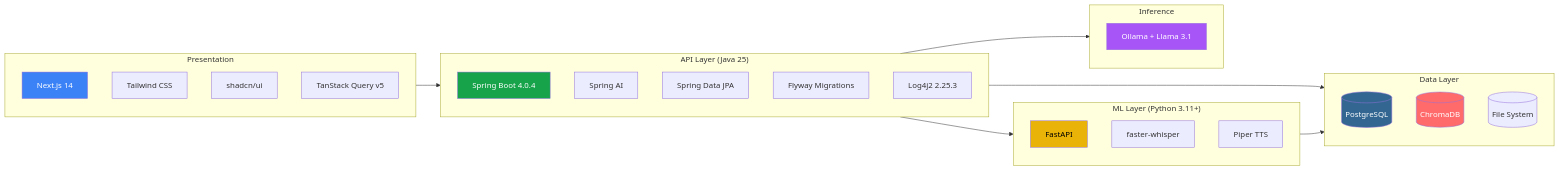
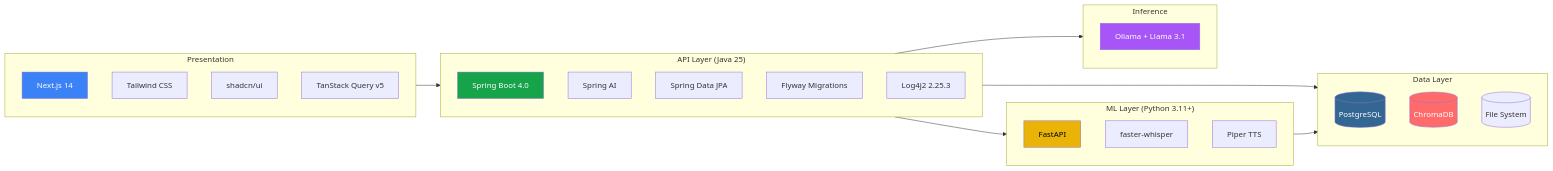
One commit to jsohi/localloom changed the seventh of 7 diagrams in docs/DIAGRAMS.md. Above: the diagram before and after it, drawn with Mermaid. The commit also changed other lines of this file and 1 other file, not shown here.

First line of the commit message:
Address PR review: fix version consistency and diagram accuracy

````diff
--- a/docs/DIAGRAMS.md
+++ b/docs/DIAGRAMS.md
@@ -357,46 +356,46 @@
 ```mermaid
 graph LR
     subgraph Presentation
         NextJS[Next.js 14]
         Tailwind[Tailwind CSS]
         ShadcnUI[shadcn/ui]
         TanStack[TanStack Query v5]
     end
 
     subgraph API_Layer["API Layer (Java 25)"]
-        SpringBoot[Spring Boot 4.0.4]
+        SpringBoot[Spring Boot 4.0]
         SpringAI2[Spring AI]
         JPA[Spring Data JPA]
         Flyway[Flyway Migrations]
         Log4j2[Log4j2 2.25.3]
     end
 
     subgraph ML_Layer["ML Layer (Python 3.11+)"]
         FastAPI[FastAPI]
         Whisper[faster-whisper]
         PiperTTS[Piper TTS]
     end
 
     subgraph Data_Layer["Data Layer"]
         PostgreSQL[(PostgreSQL)]
         ChromaDB[(ChromaDB)]
         FileStore[(File System)]
     end
 
     subgraph Inference
         Ollama[Ollama + Llama 3.1]
     end
 
     Presentation --> API_Layer
     API_Layer --> ML_Layer
     API_Layer --> Data_Layer
     API_Layer --> Inference
     ML_Layer --> Data_Layer
 
     style NextJS fill:#3b82f6,color:#fff
     style SpringBoot fill:#16a34a,color:#fff
     style FastAPI fill:#eab308,color:#000
     style Ollama fill:#a855f7,color:#fff
     style PostgreSQL fill:#336791,color:#fff
     style ChromaDB fill:#ff6b6b,color:#fff
 ```
````
